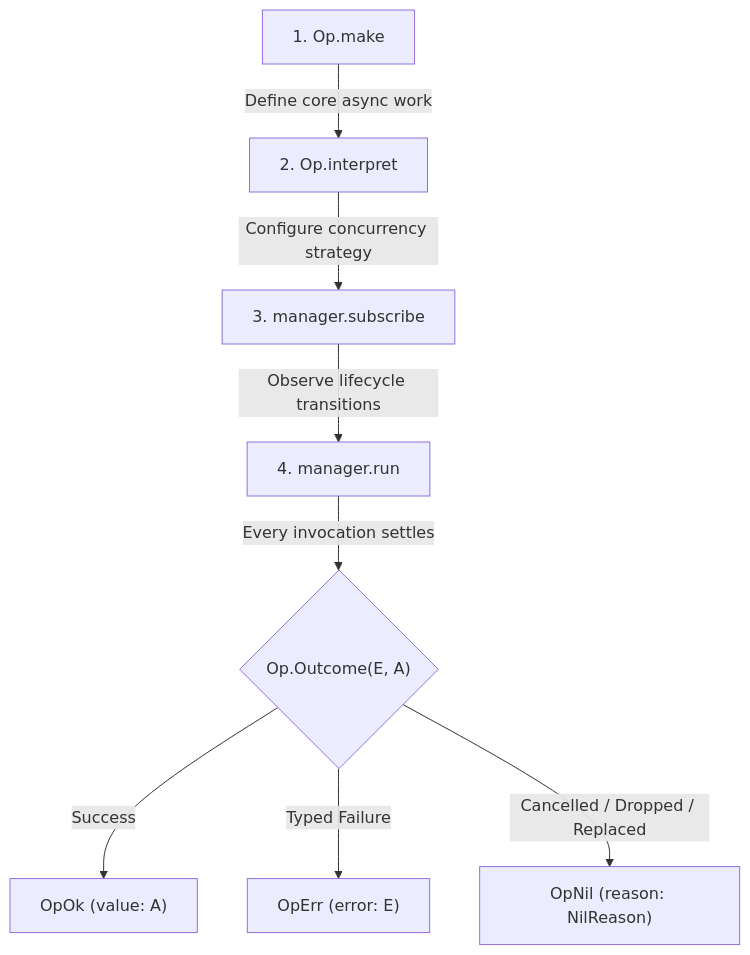
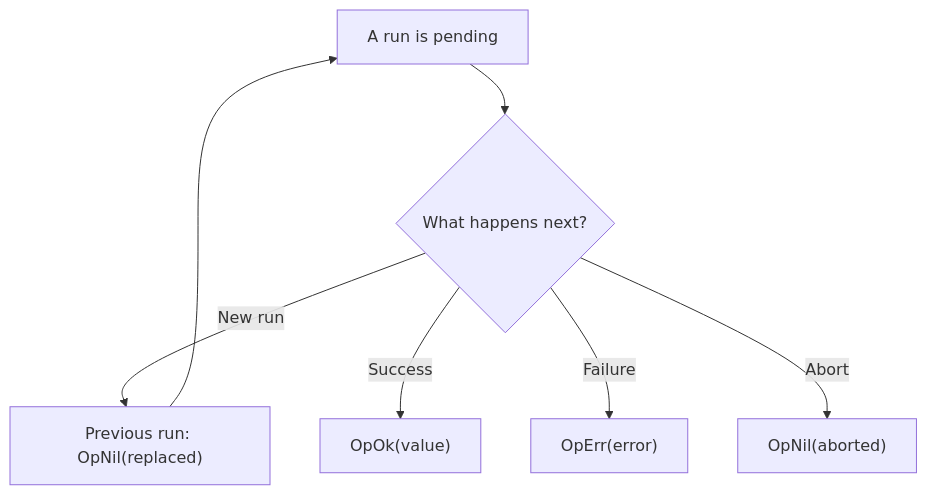
Before and after one commit to pplnd/core: the diagram in docs/src/content/docs/guides/op.mdx, drawn with Mermaid. The commit also changed other lines of this file and 39 other files, not shown here.

````diff
--- a/docs/src/content/docs/guides/op.mdx
+++ b/docs/src/content/docs/guides/op.mdx
@@ -66,10 +30,9 @@
 ```mermaid
-flowchart TB
-    A["1. Op.make"] -->|"Define core async work"| B["2. Op.interpret"]
-    B -->|"Configure concurrency strategy"| C["3. manager.subscribe"]
-    C -->|"Observe lifecycle transitions"| D["4. manager.run"]
-    D -->|"Every invocation settles"| E{"Op.Outcome(E, A)"}
-    E -->|"Success"| Ok["OpOk (value: A)"]
-    E -->|"Typed Failure"| Err["OpErr (error: E)"]
-    E -->|"Cancelled / Dropped / Replaced"| Nil["OpNil (reason: NilReason)"]
+flowchart TD
+  First["A run is pending"] --> Next{"What happens next?"}
+  Next -->|New run| Replace["Previous run: OpNil(replaced)"]
+  Replace --> First
+  Next -->|Success| Ok["OpOk(value)"]
+  Next -->|Failure| Err["OpErr(error)"]
+  Next -->|Abort| Nil["OpNil(aborted)"]
 ```
````
